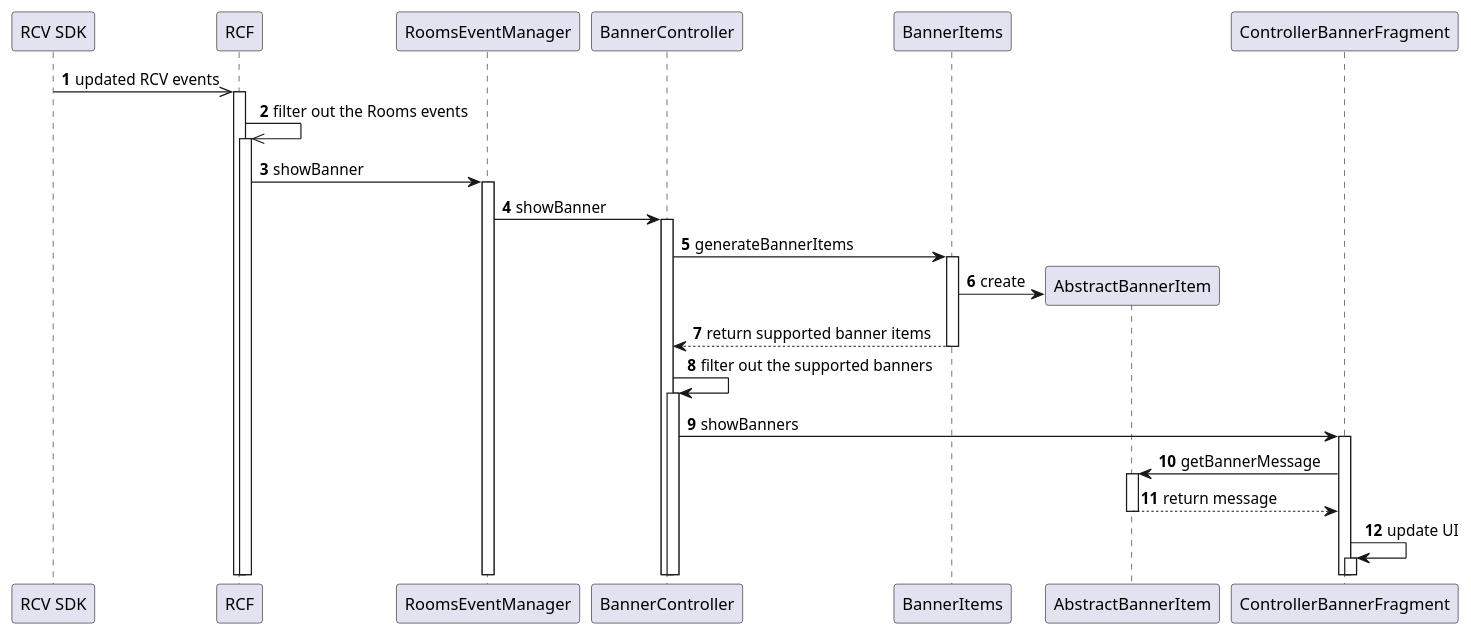
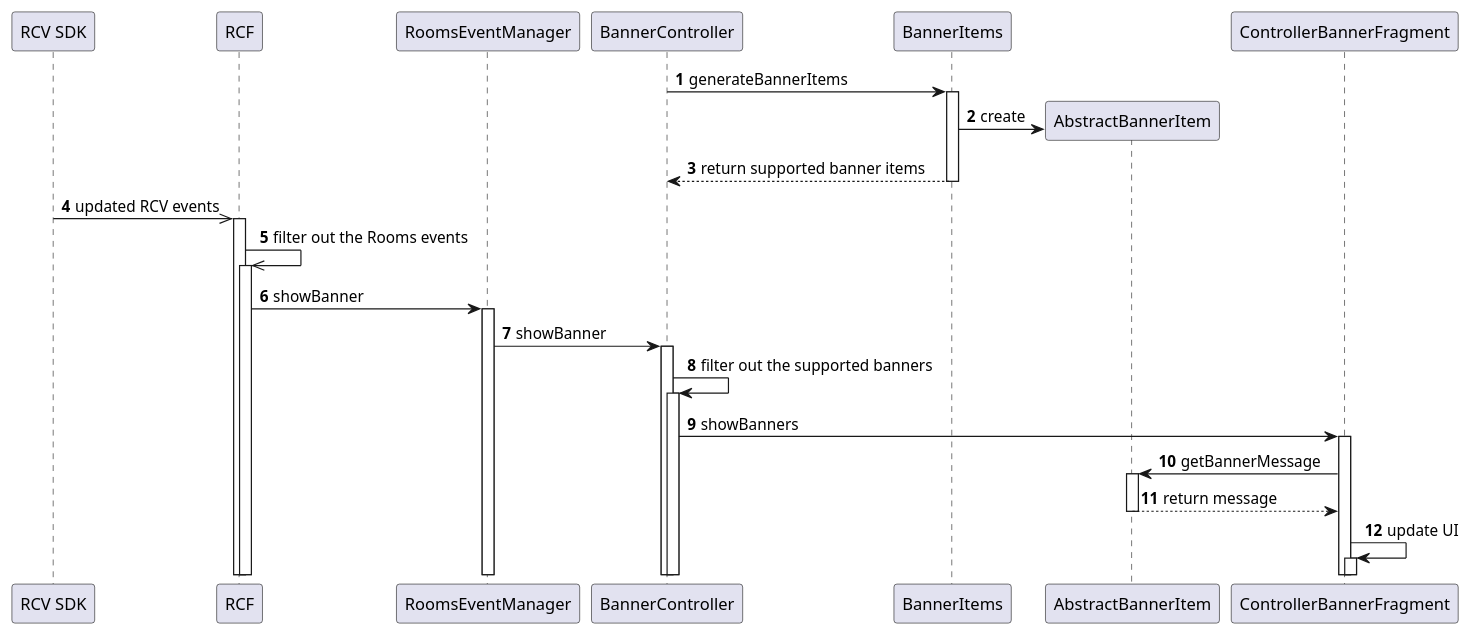
One commit to DarkSherlock/PlantUML changed the diagram in uml/event/RoomsEventSequenceDiagram.puml. Above: the diagram before and after it, drawn with PlantUML. The commit also changed 3 other files, not shown here.

Commit message:
update events diagram

```diff
--- a/uml/event/RoomsEventSequenceDiagram.puml
+++ b/uml/event/RoomsEventSequenceDiagram.puml
@@ -1,26 +1,36 @@
 @startuml
 'https://plantuml.com/sequence-diagram
 
 autonumber
 
-participant "RCV SDK" as RCV
+participant "RCV SDK" as RCV order 0
+participant RCF order 1
+participant RoomsEventManager order 2
+participant BannerController order 3
+participant BannerItems order 4
+participant AbstractBannerItem order 5
+participant ControllerBannerFragment order 6
+
 autoactivate on
+
+BannerController -> BannerItems: generateBannerItems
+BannerItems -> AbstractBannerItem **: create
+return return supported banner items
+
 RCV ->> RCF: updated RCV events
 
 RCF ->> RCF: filter out the Rooms events
 
 RCF -> RoomsEventManager: showBanner
 
 RoomsEventManager -> BannerController: showBanner
 
-BannerController -> BannerItems: generateBannerItems
-BannerItems -> AbstractBannerItem **: create
-return return supported banner items
+
 BannerController -> BannerController: filter out the supported banners
 BannerController -> ControllerBannerFragment: showBanners
 
 ControllerBannerFragment -> AbstractBannerItem: getBannerMessage
 return return message
 ControllerBannerFragment -> ControllerBannerFragment: update UI
 
 @enduml
```
